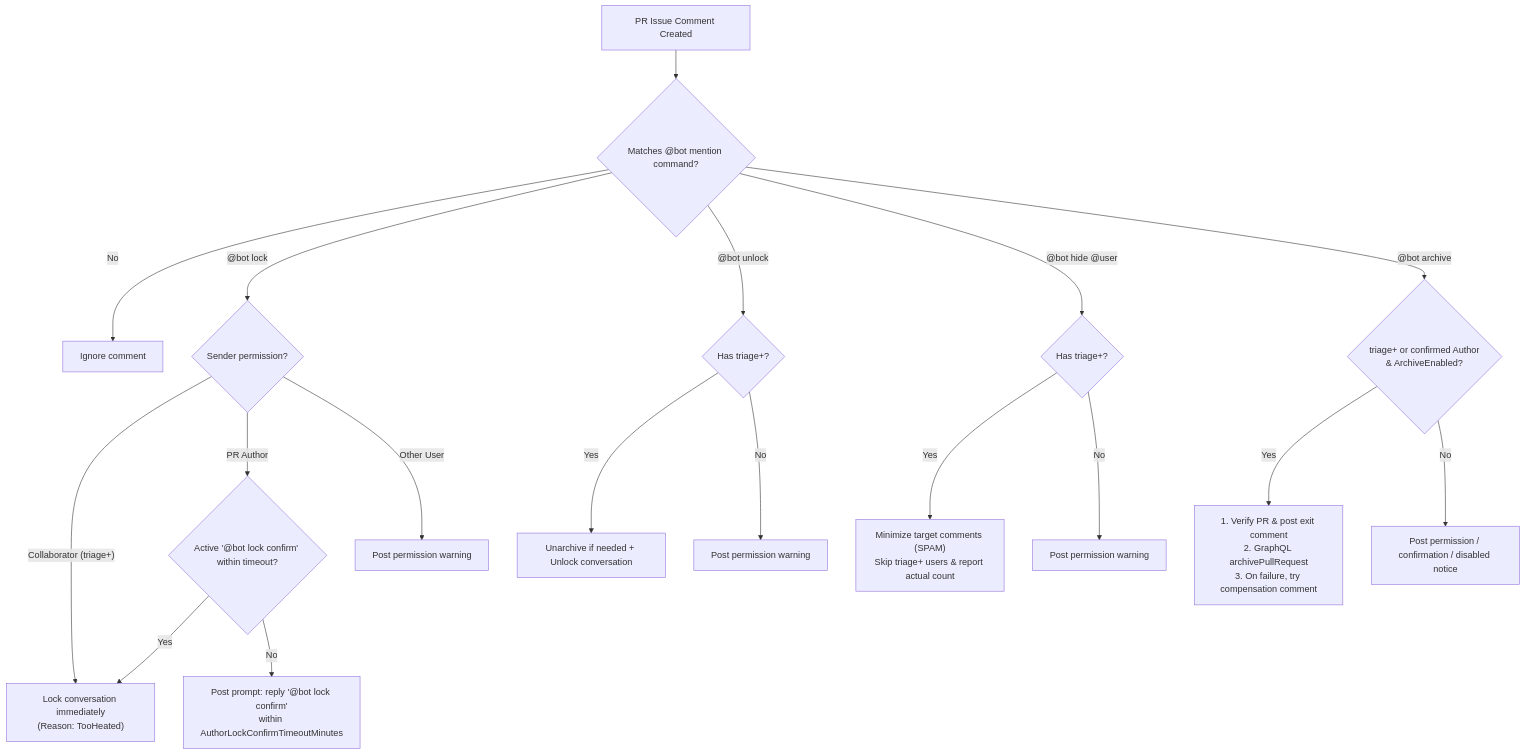
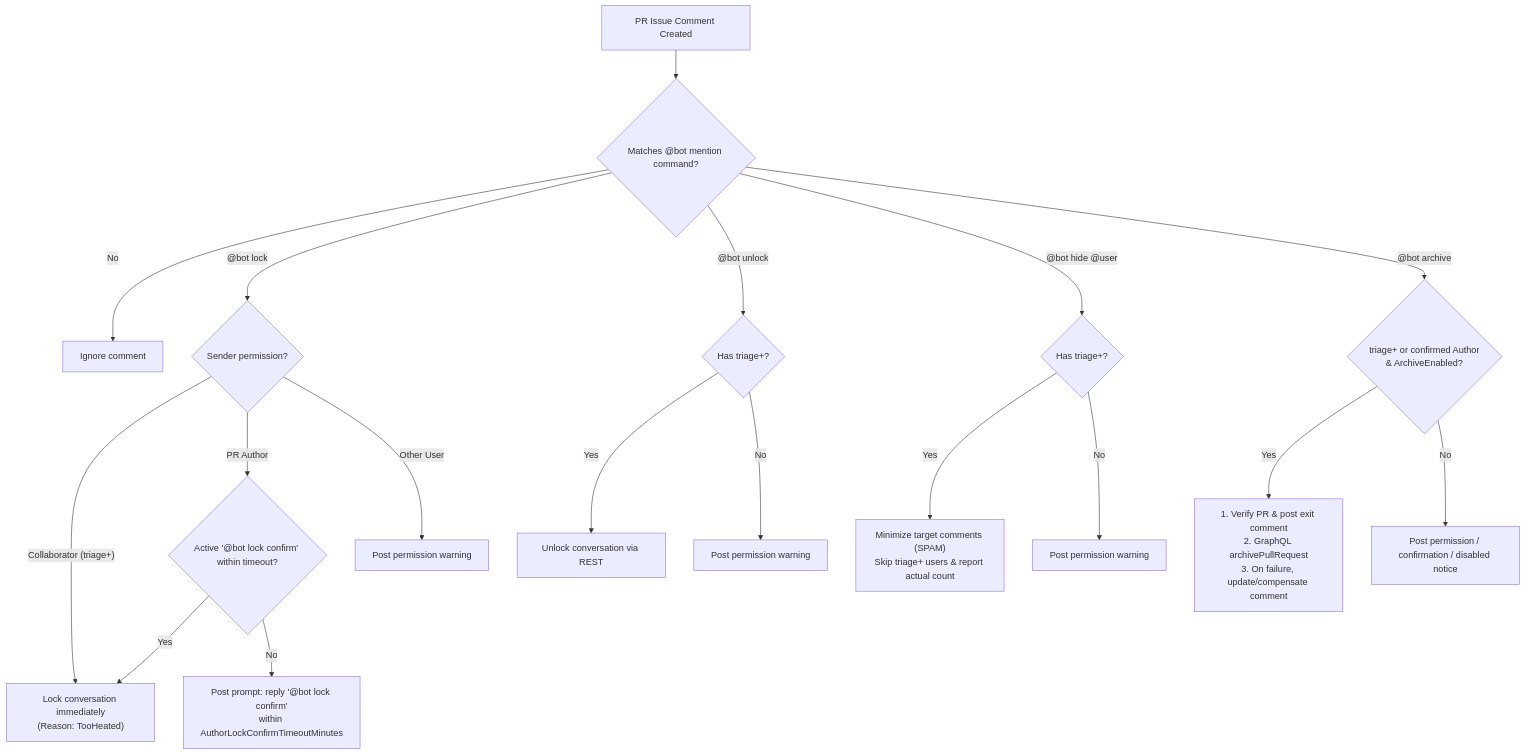
One commit to SteveZMTstudios/abaci-bot changed the diagram in docs/modules/conversation-guard.md. Above: the diagram before and after it, drawn with Mermaid. The commit also changed other lines of this file and 71 other files, not shown here.

````diff
--- a/docs/modules/conversation-guard.md
+++ b/docs/modules/conversation-guard.md
@@ -25,23 +25,23 @@
 ```mermaid
 flowchart TD
     Comment["PR Issue Comment Created"] --> MatchCmd{"Matches @bot mention command?"}
     MatchCmd -- No --> Ignore["Ignore comment"]
     MatchCmd -- "@bot lock" --> CheckAuthLock{"Sender permission?"}
     CheckAuthLock -- "Collaborator (triage+)" --> LockImmediate["Lock conversation immediately<br/>(Reason: TooHeated)"]
     CheckAuthLock -- "PR Author" --> CheckConfirm{"Active '@bot lock confirm' within timeout?"}
     CheckConfirm -- Yes --> LockImmediate
     CheckConfirm -- No --> PromptConfirm["Post prompt: reply '@bot lock confirm'<br/>within AuthorLockConfirmTimeoutMinutes"]
     CheckAuthLock -- "Other User" --> RejectLock["Post permission warning"]
 
     MatchCmd -- "@bot unlock" --> CheckAuthUnlock{"Has triage+?"}
-    CheckAuthUnlock -- Yes --> UnlockPr["Unarchive if needed + Unlock conversation"]
+    CheckAuthUnlock -- Yes --> UnlockPr["Unlock conversation via REST"]
     CheckAuthUnlock -- No --> RejectUnlock["Post permission warning"]
 
     MatchCmd -- "@bot hide @user" --> CheckAuthHide{"Has triage+?"}
     CheckAuthHide -- Yes --> HideComments["Minimize target comments (SPAM)<br/>Skip triage+ users & report actual count"]
     CheckAuthHide -- No --> RejectHide["Post permission warning"]
 
     MatchCmd -- "@bot archive" --> CheckAuthArchive{"triage+ or confirmed Author<br/>& ArchiveEnabled?"}
-    CheckAuthArchive -- Yes --> PostExitAndArchive["1. Verify PR & post exit comment<br/>2. GraphQL archivePullRequest<br/>3. On failure, try compensation comment"]
+    CheckAuthArchive -- Yes --> PostExitAndArchive["1. Verify PR & post exit comment<br/>2. GraphQL archivePullRequest<br/>3. On failure, update/compensate comment"]
     CheckAuthArchive -- No --> RejectArchive["Post permission / confirmation / disabled notice"]
 ```
````
